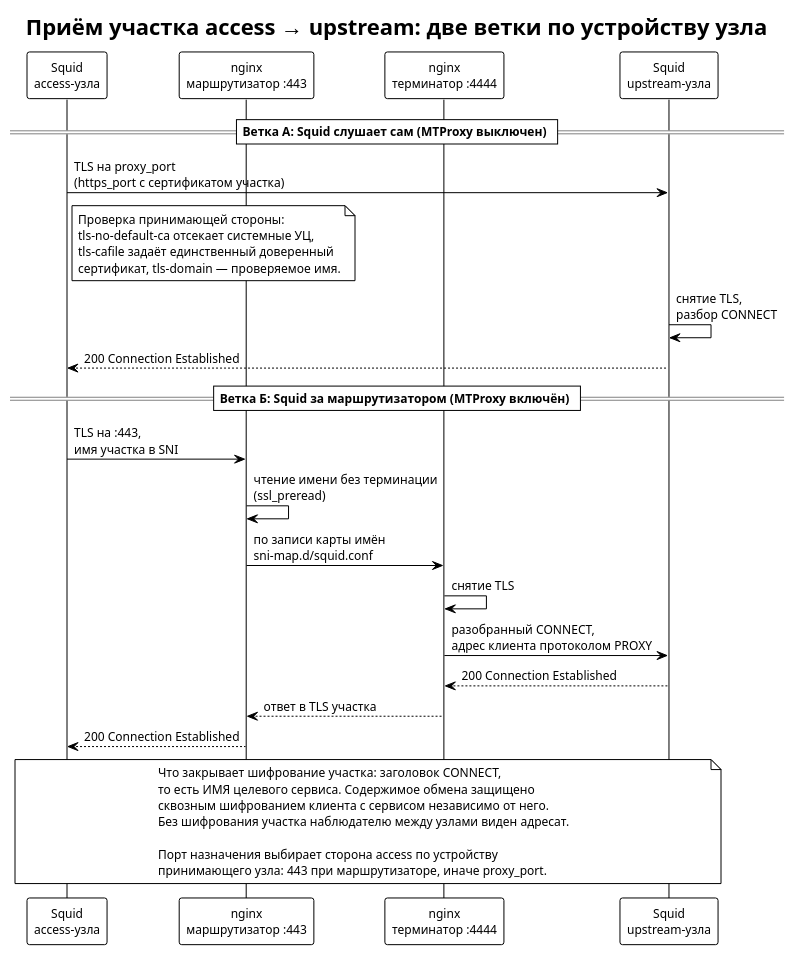
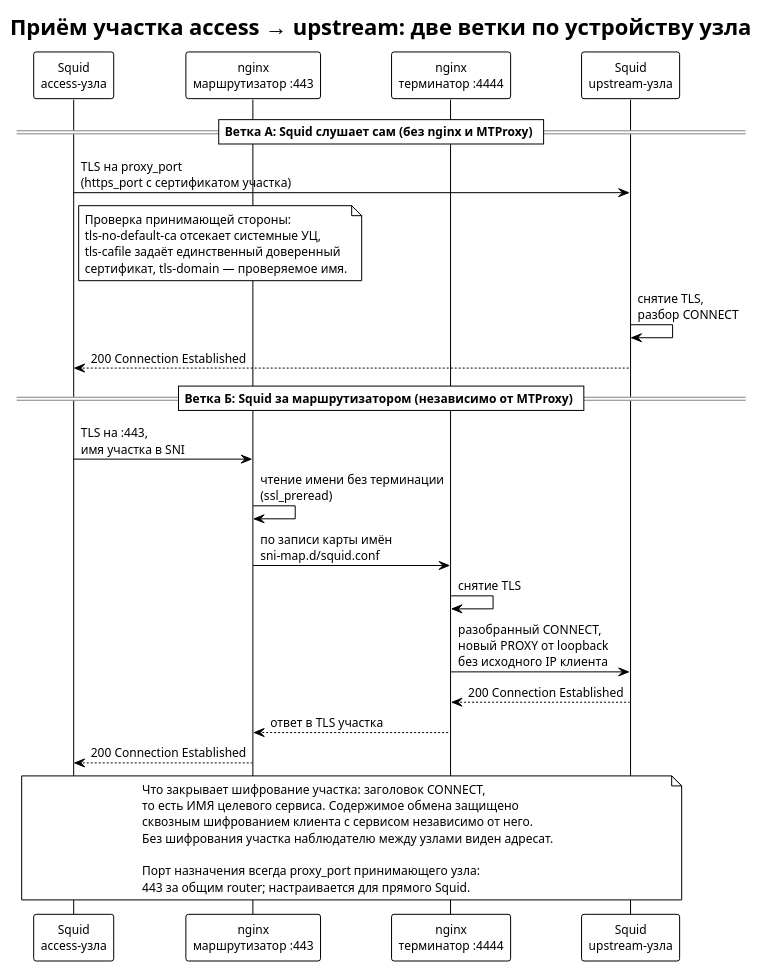
One commit to demofly/ai-proxy changed the diagram in docs/AA/C3/diagrams/C3-SU-001-transit-tls.puml. Above: the diagram before and after it, drawn with PlantUML. The commit also changed 22 other files, not shown here.

```diff
--- a/docs/AA/C3/diagrams/C3-SU-001-transit-tls.puml
+++ b/docs/AA/C3/diagrams/C3-SU-001-transit-tls.puml
@@ -1,47 +1,47 @@
 @startuml C3-SU-001-transit-tls
 !theme plain
 skinparam backgroundColor white
 skinparam defaultFontName "Segoe UI"
 skinparam defaultFontSize 12
 
 title Приём участка access → upstream: две ветки по устройству узла
 
 participant "Squid\naccess-узла" as ACC
 participant "nginx\nмаршрутизатор :443" as ROUTER
 participant "nginx\nтерминатор :4444" as TERM
 participant "Squid\nupstream-узла" as SQUID
 
-== Ветка А: Squid слушает сам (MTProxy выключен) ==
+== Ветка А: Squid слушает сам (без nginx и MTProxy) ==
 
 ACC -> SQUID : TLS на proxy_port\n(https_port с сертификатом участка)
 note right of ACC
   Проверка принимающей стороны:
   tls-no-default-ca отсекает системные УЦ,
   tls-cafile задаёт единственный доверенный
   сертификат, tls-domain — проверяемое имя.
 end note
 SQUID -> SQUID : снятие TLS,\nразбор CONNECT
 SQUID --> ACC : 200 Connection Established
 
-== Ветка Б: Squid за маршрутизатором (MTProxy включён) ==
+== Ветка Б: Squid за маршрутизатором (независимо от MTProxy) ==
 
 ACC -> ROUTER : TLS на :443,\nимя участка в SNI
 ROUTER -> ROUTER : чтение имени без терминации\n(ssl_preread)
 ROUTER -> TERM : по записи карты имён\nsni-map.d/squid.conf
 TERM -> TERM : снятие TLS
-TERM -> SQUID : разобранный CONNECT,\nадрес клиента протоколом PROXY
+TERM -> SQUID : разобранный CONNECT,\nновый PROXY от loopback\nбез исходного IP клиента
 SQUID --> TERM : 200 Connection Established
 TERM --> ROUTER : ответ в TLS участка
 ROUTER --> ACC : 200 Connection Established
 
 note over ACC, SQUID
   Что закрывает шифрование участка: заголовок CONNECT,
   то есть ИМЯ целевого сервиса. Содержимое обмена защищено
   сквозным шифрованием клиента с сервисом независимо от него.
   Без шифрования участка наблюдателю между узлами виден адресат.
 
-  Порт назначения выбирает сторона access по устройству
-  принимающего узла: 443 при маршрутизаторе, иначе proxy_port.
+  Порт назначения всегда proxy_port принимающего узла:
+  443 за общим router; настраивается для прямого Squid.
 end note
 
 @enduml
```
